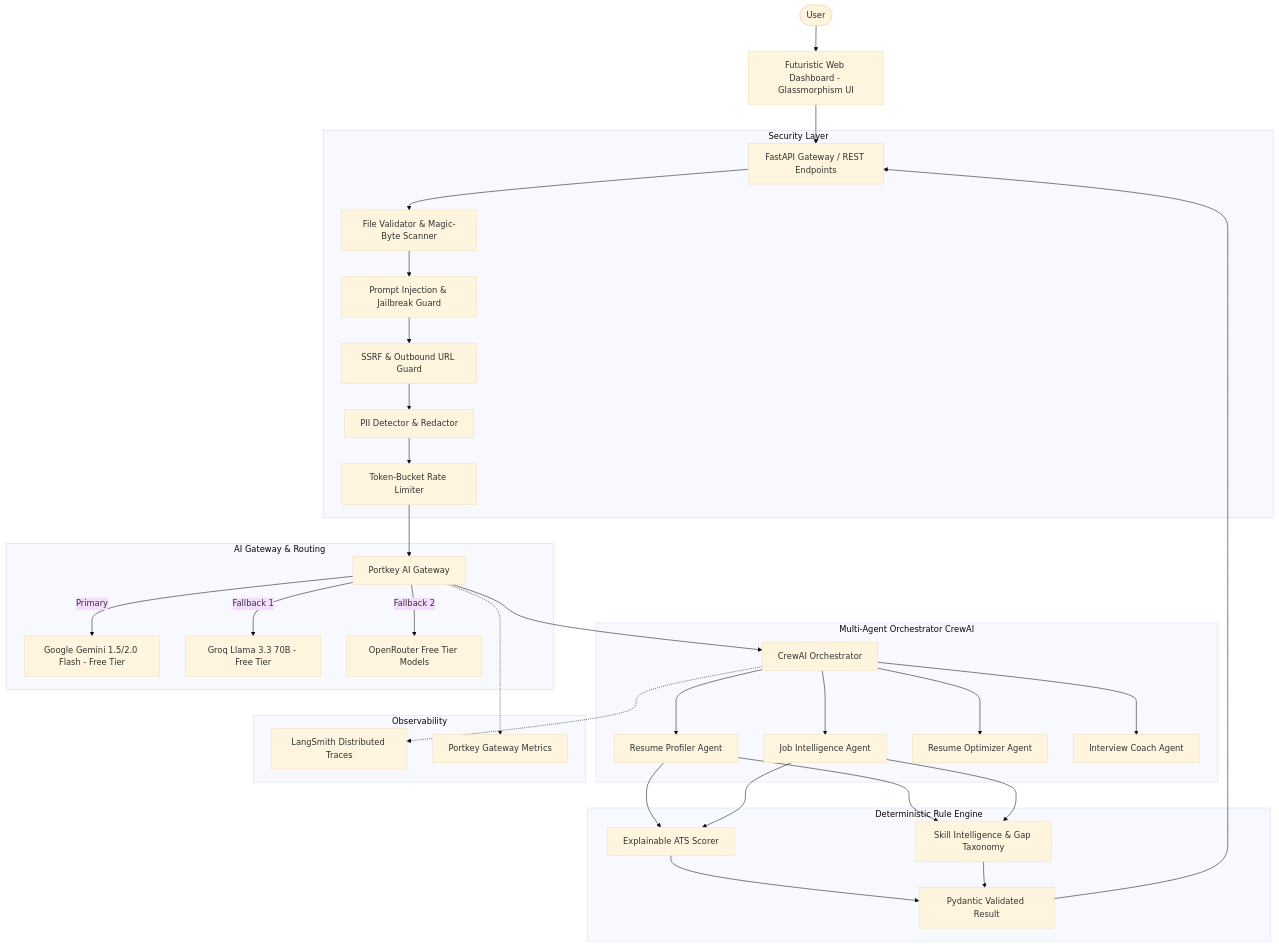
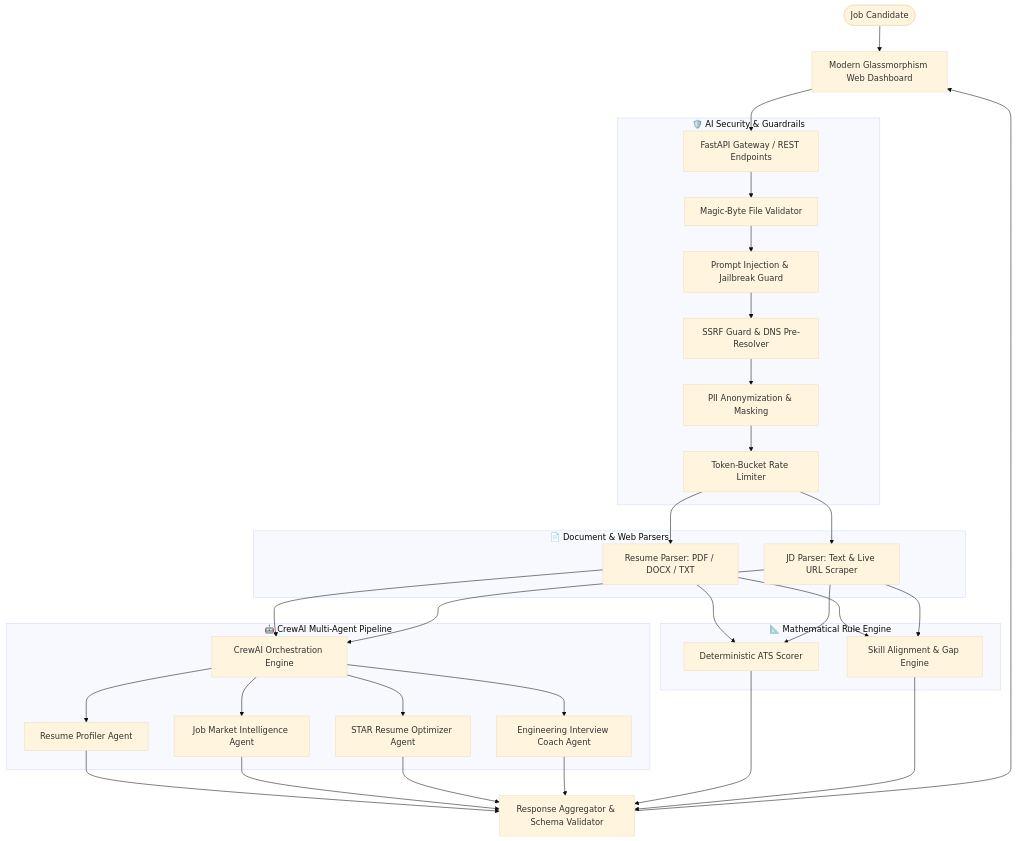
The diagram in README.md (Aswinbose05/Resume_Job_Prepare), drawn with Mermaid (base theme) before and after one commit. The commit also changed other lines of this file and 1 other file, not shown here.

Commit message:
docs: update README with high-impact project banner, architecture diagrams, and production documentation

````diff
--- a/README.md
+++ b/README.md
@@ -59,41 +86,35 @@
 ```mermaid
 flowchart TD
-    User([User]) --> UI[Futuristic Web Dashboard - Glassmorphism UI]
-    UI --> API[FastAPI Gateway / REST Endpoints]
+    User([Job Candidate]) --> WebUI[Modern Glassmorphism Web Dashboard]
+    WebUI --> API[FastAPI Gateway / REST Endpoints]
 
-    subgraph Security Layer
-        API --> Val[File Validator & Magic-Byte Scanner]
-        Val --> InjDet[Prompt Injection & Jailbreak Guard]
-        InjDet --> SSRF[SSRF & Outbound URL Guard]
-        SSRF --> PII[PII Detector & Redactor]
+    subgraph Security Layer [🛡️ AI Security & Guardrails]
+        API --> FileVal[Magic-Byte File Validator]
+        FileVal --> PGuard[Prompt Injection & Jailbreak Guard]
+        PGuard --> SSRF[SSRF Guard & DNS Pre-Resolver]
+        SSRF --> PII[PII Anonymization & Masking]
         PII --> RL[Token-Bucket Rate Limiter]
     end
 
-    subgraph AI Gateway & Routing
-        RL --> Portkey[Portkey AI Gateway]
-        Portkey -->|Primary| Gemini[Google Gemini 1.5/2.0 Flash - Free Tier]
-        Portkey -->|Fallback 1| Groq[Groq Llama 3.3 70B - Free Tier]
-        Portkey -->|Fallback 2| OpenRouter[OpenRouter Free Tier Models]
+    subgraph Parsers [📄 Document & Web Parsers]
+        RL --> ResumeParser[Resume Parser: PDF / DOCX / TXT]
+        RL --> JDParser[JD Parser: Text & Live URL Scraper]
     end
 
-    subgraph Multi-Agent Orchestrator CrewAI
-        Portkey --> Crew[CrewAI Orchestrator]
-        Crew --> RA[Resume Profiler Agent]
-        Crew --> JDA[Job Intelligence Agent]
-        Crew --> ROA[Resume Optimizer Agent]
-        Crew --> ICA[Interview Coach Agent]
+    subgraph Agentic Pipeline [🤖 CrewAI Multi-Agent Pipeline]
+        ResumeParser & JDParser --> Crew[CrewAI Orchestration Engine]
+        Crew --> Agent1[Resume Profiler Agent]
+        Crew --> Agent2[Job Market Intelligence Agent]
+        Crew --> Agent3[STAR Resume Optimizer Agent]
+        Crew --> Agent4[Engineering Interview Coach Agent]
     end
 
-    subgraph Deterministic Rule Engine
-        RA & JDA --> ATS[Explainable ATS Scorer]
-        RA & JDA --> SkillEng[Skill Intelligence & Gap Taxonomy]
-        ATS & SkillEng --> StructuredOutput[Pydantic Validated Result]
+    subgraph Deterministic Engine [📐 Mathematical Rule Engine]
+        ResumeParser & JDParser --> ATS[Deterministic ATS Scorer]
+        ResumeParser & JDParser --> SkillMat[Skill Alignment & Gap Engine]
     end
 
-    subgraph Observability
-        Crew -.-> LangSmith[LangSmith Distributed Traces]
-        Portkey -.-> PortkeyObs[Portkey Gateway Metrics]
-    end
-
-    StructuredOutput --> API
+    Agent1 & Agent2 & Agent3 & Agent4 --> Synthesizer[Response Aggregator & Schema Validator]
+    ATS & SkillMat --> Synthesizer
+    Synthesizer --> WebUI
 ```
````
